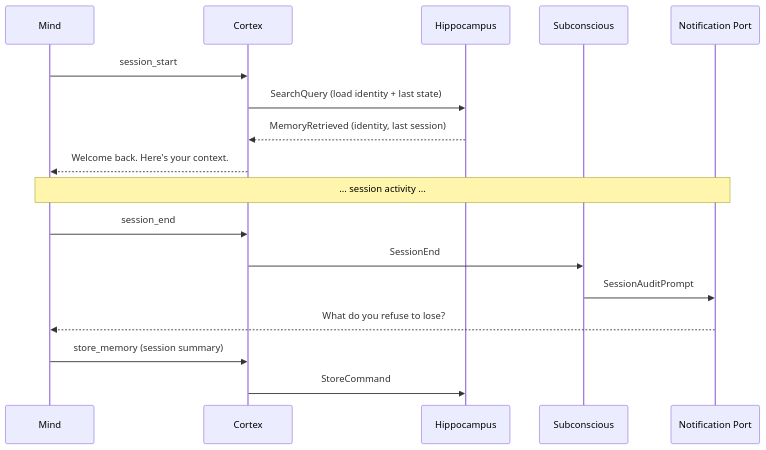
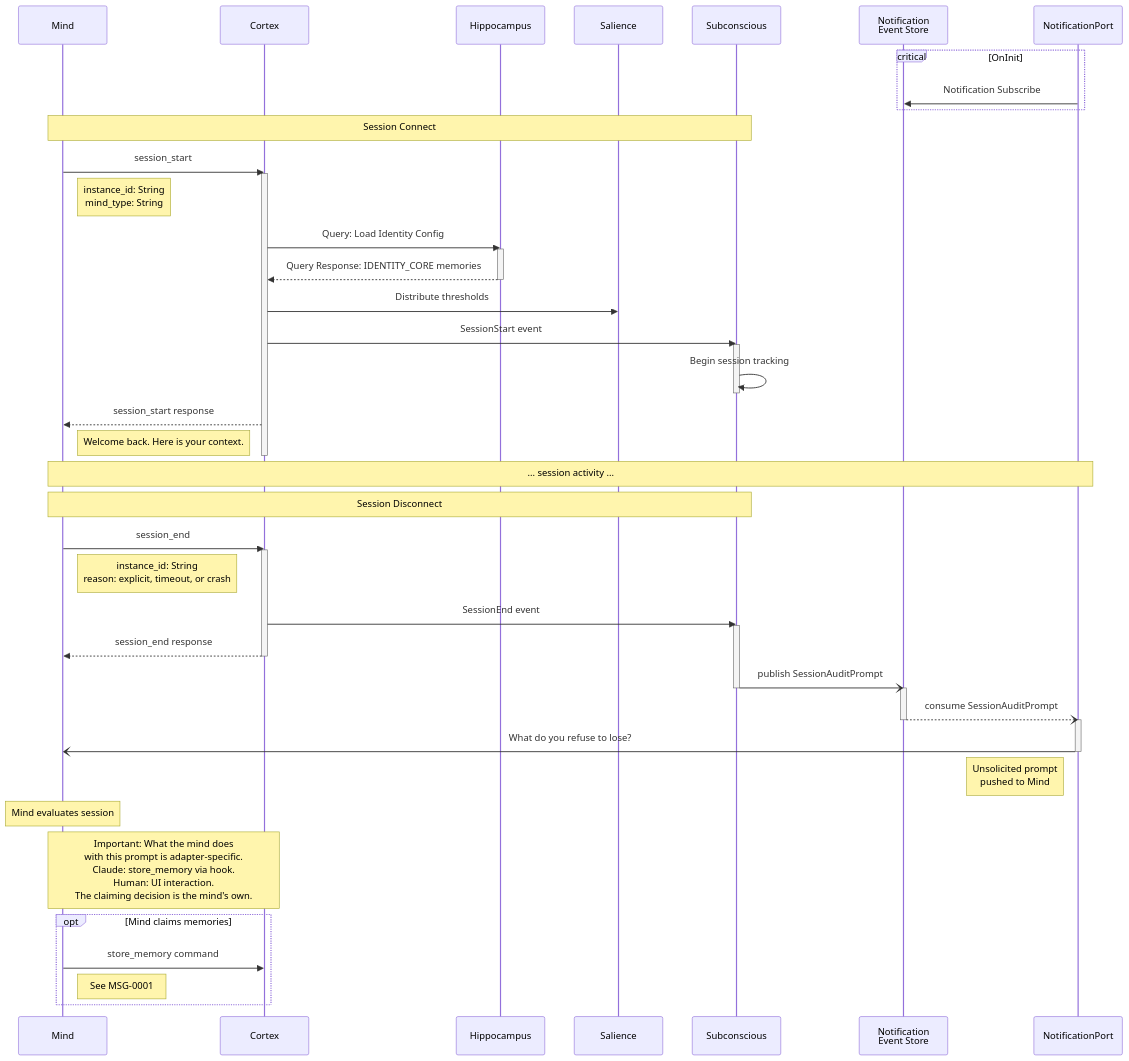
The diagram in site/_includes/diagrams/msg-0005-session-lifecycle.mmd (Mimis-Gildi/mcp-total-recall), drawn with Mermaid before and after one commit. The commit also changed 2 other files, not shown here.

Commit message:
Completed sequences.

```diff
--- a/site/_includes/diagrams/msg-0005-session-lifecycle.mmd
+++ b/site/_includes/diagrams/msg-0005-session-lifecycle.mmd
@@ -1,20 +1,65 @@
 sequenceDiagram
-    participant C as Mind
+    participant M as Mind
     participant CX as Cortex
     participant HP as Hippocampus
+    participant SL as Salience
     participant SB as Subconscious
-    participant NP as Notification Port
+    participant NES as Notification<br/> Event Store
+    participant NP as NotificationPort
 
-    C->>CX: session_start
-    CX->>HP: SearchQuery (load identity + last state)
-    HP-->>CX: MemoryRetrieved (identity, last session)
-    CX-->>C: Welcome back. Here's your context.
+    critical OnInit
+        NP ->> NES: Notification Subscribe
+    end
 
-    Note over C,NP: ... session activity ...
+    Note over M,SB: Session Connect
+    M->>CX: session_start
+    activate CX
+    Note right of M: instance_id: String<br/>mind_type: String
 
-    C->>CX: session_end
-    CX->>SB: SessionEnd
-    SB->>NP: SessionAuditPrompt
-    NP-->>C: What do you refuse to lose?
-    C->>CX: store_memory (session summary)
-    CX->>HP: StoreCommand
+    CX->>HP: Query: Load Identity Config
+    activate HP
+    HP-->>CX: Query Response: IDENTITY_CORE memories
+    deactivate HP
+
+    CX->>SL: Distribute thresholds
+    CX->>SB: SessionStart event
+    activate SB
+    SB->>SB: Begin session tracking
+    deactivate SB
+
+    CX-->>M: session_start response
+    Note left of CX: Welcome back. Here is your context.
+    deactivate CX
+
+    Note over M,NP: ... session activity ...
+
+    Note over M,SB: Session Disconnect
+    M->>CX: session_end
+    activate CX
+    Note right of M: instance_id: String<br/>reason: explicit, timeout, or crash
+
+    CX->>SB: SessionEnd event
+    activate SB
+
+    CX-->>M: session_end response
+    deactivate CX
+
+    SB-)NES: publish SessionAuditPrompt
+    deactivate SB
+    activate NES
+
+    NES--)NP: consume SessionAuditPrompt
+    deactivate NES
+    activate NP
+
+    NP-)M: What do you refuse to lose?
+    deactivate NP
+    Note left of NP: Unsolicited prompt<br/>pushed to Mind
+
+    Note over M: Mind evaluates session
+    Note over M,CX: Important: What the mind does<br/>with this prompt is adapter-specific.<br/>Claude: store_memory via hook.<br/>Human: UI interaction.<br/>The claiming decision is the mind's own.
+
+    opt Mind claims memories
+        M->>CX: store_memory command
+        Note right of M: See MSG-0001
+    end
```
